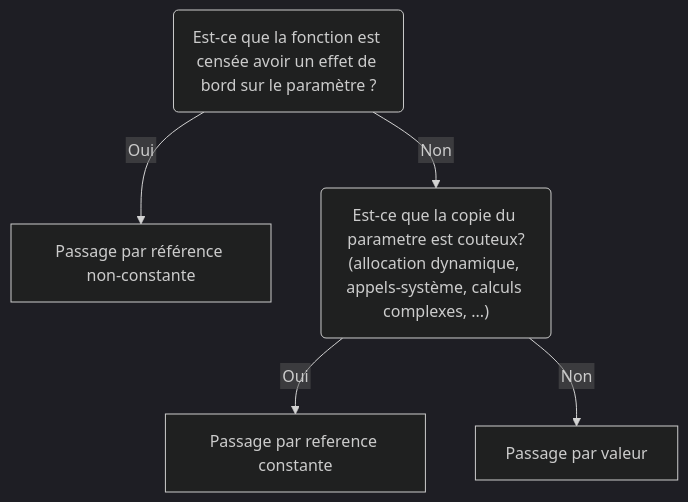
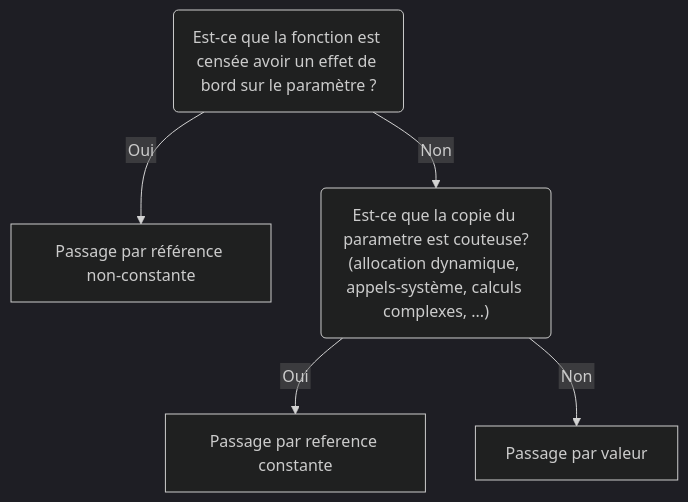
Before and after one commit to marsault/CPP_Learning: the diagram in content/chapter3/4-references.fr.md, drawn with Mermaid (dark theme). The commit also changed 9 other files, not shown here.

```diff
--- a/content/chapter3/4-references.fr.md
+++ b/content/chapter3/4-references.fr.md
@@ -403,13 +403,13 @@
 {{< mermaid >}}
 %%{init: {"flowchart": {"htmlLabels": false}} }%%
 flowchart TD;
     Q1(Est-ce que la fonction est censée avoir un effet de bord sur le paramètre ?)
     Ref[Passage par référence non-constante]
-    Q2("Est-ce que la copie du parametre est couteux?<br/>(allocation dynamique, appels-système, calculs complexes, ...)")
+    Q2("Est-ce que la copie du parametre est couteuse?<br/>(allocation dynamique, appels-système, calculs complexes, ...)")
     CRef[Passage par reference constante]
     Value[Passage par valeur]
     Q1 -->|Oui| Ref
     Q1 -->|Non| Q2
     Q2 -->|Oui| CRef
     Q2 -->|Non| Value
 {{< /mermaid >}}
```
